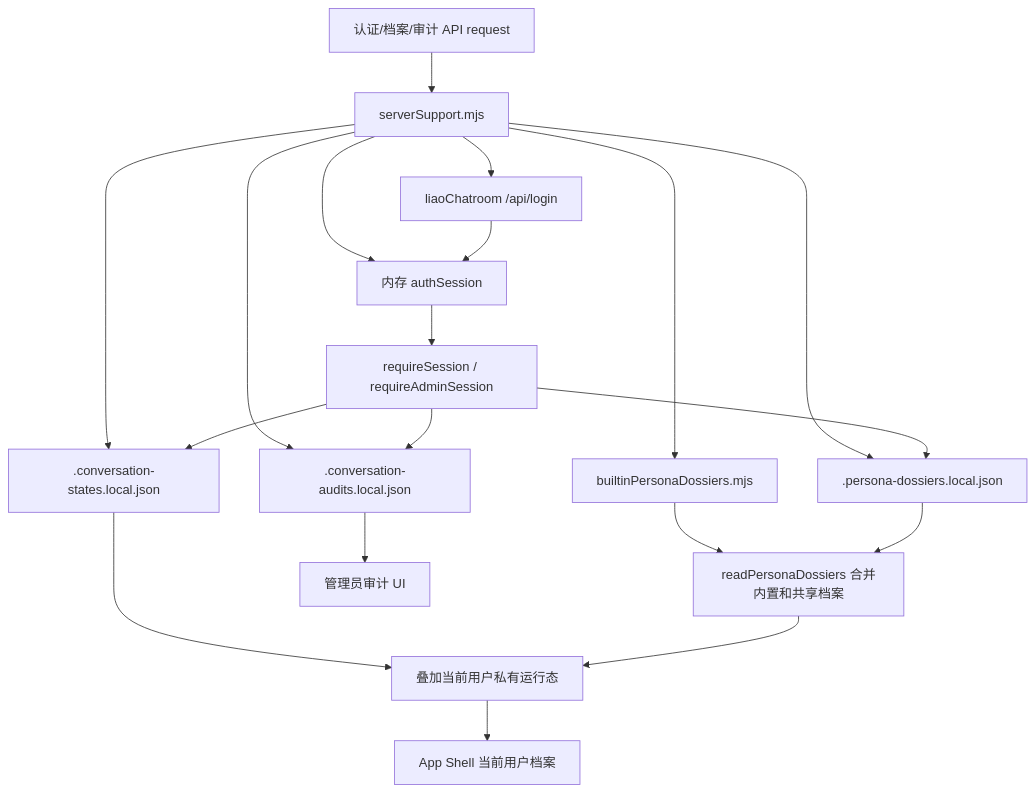
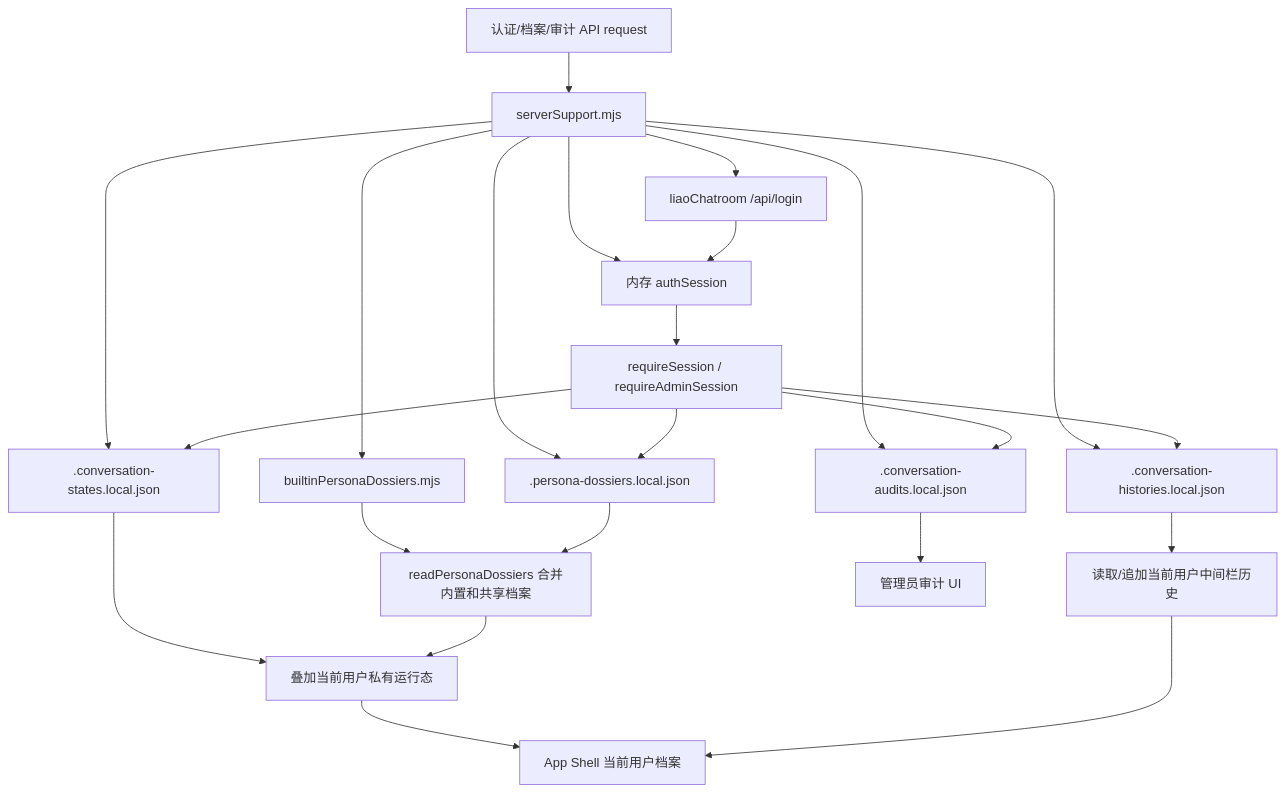
One commit to ttmanthatman/virtual-human-flow changed diagram 27 of 31 in docs/SYSTEM_FLOW.md. Above: the diagram before and after it, drawn with Mermaid. The commit also changed other lines of this file and 11 other files, not shown here.

````diff
--- a/docs/SYSTEM_FLOW.md
+++ b/docs/SYSTEM_FLOW.md
@@ -611,21 +616,25 @@
 ```mermaid
 flowchart TD
     REQ["认证/档案/审计 API request"] --> SUPPORT["serverSupport.mjs"]
     SUPPORT --> LIAO["liaoChatroom /api/login"]
     SUPPORT --> SESS["内存 authSession"]
     SUPPORT --> BUILTIN["builtinPersonaDossiers.mjs"]
     SUPPORT --> DOS[".persona-dossiers.local.json"]
     SUPPORT --> USTATE[".conversation-states.local.json"]
+    SUPPORT --> UHIST[".conversation-histories.local.json"]
     SUPPORT --> AUD[".conversation-audits.local.json"]
     LIAO --> SESS
     SESS --> PERM["requireSession / requireAdminSession"]
     BUILTIN --> MERGE["readPersonaDossiers 合并内置和共享档案"]
     USTATE --> OVERLAY["叠加当前用户私有运行态"]
+    UHIST --> CHATHIST["读取/追加当前用户中间栏历史"]
     PERM --> DOS
     PERM --> USTATE
+    PERM --> UHIST
     PERM --> AUD
     DOS --> MERGE
     MERGE --> OVERLAY
     OVERLAY --> APP["App Shell 当前用户档案"]
+    CHATHIST --> APP
     AUD --> ADMINUI["管理员审计 UI"]
 ```
````
